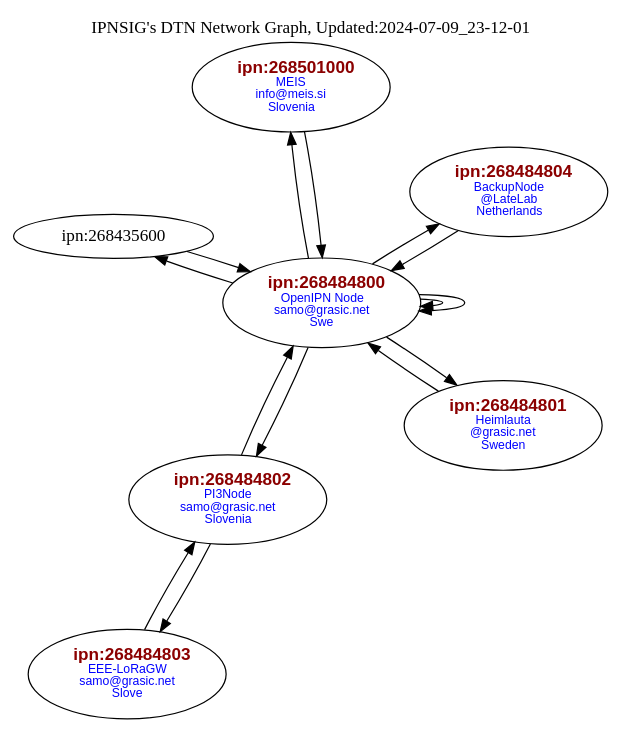
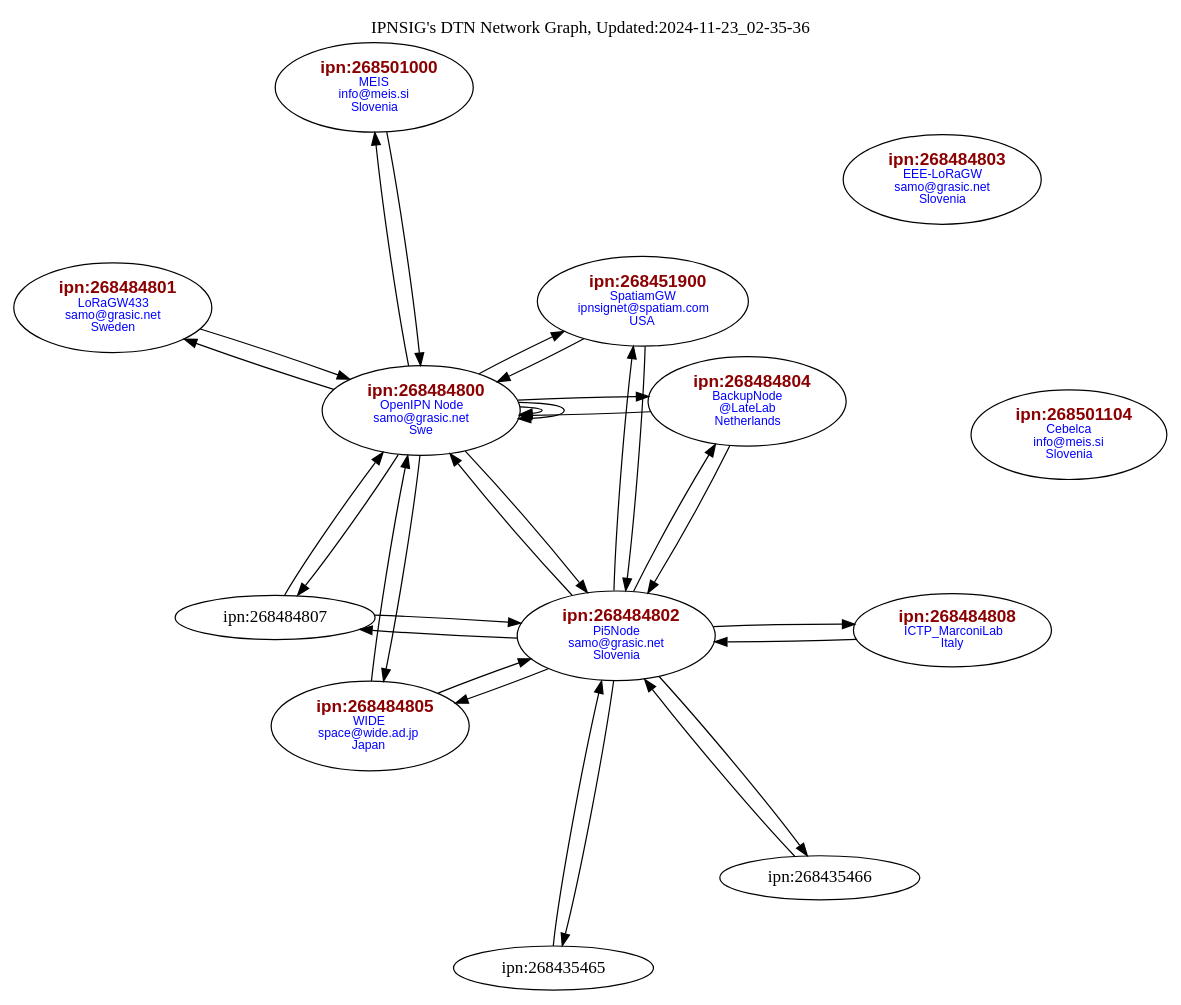
One commit to samograsic/ion-dtn-dtnex changed the diagram in contactGraph.gv. Above: the diagram before and after it, drawn with Graphviz. The commit also changed 6 other files, not shown here.

```diff
--- a/contactGraph.gv
+++ b/contactGraph.gv
@@ -1,22 +1,42 @@
 digraph G { layout=neato; overlap=false;
-"ipn:268484803" [label=< <FONT POINT-SIZE="14" FACE="Arial" COLOR="darkred"><B>ipn:268484803</B></FONT><BR/><FONT POINT-SIZE="10" FACE="Arial" COLOR="blue">EEE-LoRaGW<br/>samo&#64;grasic&#46;net<br/>Slove</FONT>>];
-"ipn:268484801" [label=< <FONT POINT-SIZE="14" FACE="Arial" COLOR="darkred"><B>ipn:268484801</B></FONT><BR/><FONT POINT-SIZE="10" FACE="Arial" COLOR="blue">Heimlauta<br/>&#64;grasic&#46;net<br/>Sweden</FONT>>];
-"ipn:268484802" [label=< <FONT POINT-SIZE="14" FACE="Arial" COLOR="darkred"><B>ipn:268484802</B></FONT><BR/><FONT POINT-SIZE="10" FACE="Arial" COLOR="blue">PI3Node<br/>samo&#64;grasic&#46;net<br/>Slovenia</FONT>>];
+"ipn:268484801" [label=< <FONT POINT-SIZE="14" FACE="Arial" COLOR="darkred"><B>ipn:268484801</B></FONT><BR/><FONT POINT-SIZE="10" FACE="Arial" COLOR="blue">LoRaGW433<br/>samo&#64;grasic&#46;net<br/>Sweden</FONT>>];
+"ipn:268484804" [label=< <FONT POINT-SIZE="14" FACE="Arial" COLOR="darkred"><B>ipn:268484804</B></FONT><BR/><FONT POINT-SIZE="10" FACE="Arial" COLOR="blue">BackupNode<br/>&#64;LateLab<br/>Netherlands</FONT>>];
+"ipn:268484802" [label=< <FONT POINT-SIZE="14" FACE="Arial" COLOR="darkred"><B>ipn:268484802</B></FONT><BR/><FONT POINT-SIZE="10" FACE="Arial" COLOR="blue">Pi5Node<br/>samo&#64;grasic&#46;net<br/>Slovenia</FONT>>];
+"ipn:268484803" [label=< <FONT POINT-SIZE="14" FACE="Arial" COLOR="darkred"><B>ipn:268484803</B></FONT><BR/><FONT POINT-SIZE="10" FACE="Arial" COLOR="blue">EEE-LoRaGW<br/>samo&#64;grasic&#46;net<br/>Slovenia</FONT>>];
 "ipn:268501000" [label=< <FONT POINT-SIZE="14" FACE="Arial" COLOR="darkred"><B>ipn:268501000</B></FONT><BR/><FONT POINT-SIZE="10" FACE="Arial" COLOR="blue">MEIS<br/>info&#64;meis&#46;si<br/>Slovenia</FONT>>];
-"ipn:268484804" [label=< <FONT POINT-SIZE="14" FACE="Arial" COLOR="darkred"><B>ipn:268484804</B></FONT><BR/><FONT POINT-SIZE="10" FACE="Arial" COLOR="blue">BackupNode<br/>&#64;LateLab<br/>Netherlands</FONT>>];
+"ipn:268501104" [label=< <FONT POINT-SIZE="14" FACE="Arial" COLOR="darkred"><B>ipn:268501104</B></FONT><BR/><FONT POINT-SIZE="10" FACE="Arial" COLOR="blue">Cebelca<br/>info&#64;meis&#46;si<br/>Slovenia</FONT>>];
+"ipn:268484808" [label=< <FONT POINT-SIZE="14" FACE="Arial" COLOR="darkred"><B>ipn:268484808</B></FONT><BR/><FONT POINT-SIZE="10" FACE="Arial" COLOR="blue">ICTP_MarconiLab<br/>Italy</FONT>>];
+"ipn:268451900" [label=< <FONT POINT-SIZE="14" FACE="Arial" COLOR="darkred"><B>ipn:268451900</B></FONT><BR/><FONT POINT-SIZE="10" FACE="Arial" COLOR="blue">SpatiamGW<br/>ipnsignet&#64;spatiam&#46;com<br/>USA</FONT>>];
+"ipn:268484805" [label=< <FONT POINT-SIZE="14" FACE="Arial" COLOR="darkred"><B>ipn:268484805</B></FONT><BR/><FONT POINT-SIZE="10" FACE="Arial" COLOR="blue">WIDE<br/> space&#64;wide&#46;ad&#46;jp<br/> Japan</FONT>>];
 "ipn:268484800" [label=< <FONT POINT-SIZE="14" FACE="Arial" COLOR="darkred"><B>ipn:268484800</B></FONT><BR/><FONT POINT-SIZE="10" FACE="Arial" COLOR="blue">OpenIPN Node<br/>samo&#64;grasic&#46;net<br/>Swe</FONT>>];
-"ipn:268435600" -> "ipn:268484800"
-"ipn:268484800" -> "ipn:268435600"
+"ipn:268435465" -> "ipn:268484802"
+"ipn:268435466" -> "ipn:268484802"
+"ipn:268451900" -> "ipn:268484800"
+"ipn:268451900" -> "ipn:268484802"
+"ipn:268484800" -> "ipn:268451900"
 "ipn:268484800" -> "ipn:268484800"
 "ipn:268484800" -> "ipn:268484800"
 "ipn:268484800" -> "ipn:268484801"
 "ipn:268484800" -> "ipn:268484802"
 "ipn:268484800" -> "ipn:268484804"
+"ipn:268484800" -> "ipn:268484805"
+"ipn:268484800" -> "ipn:268484807"
 "ipn:268484800" -> "ipn:268501000"
 "ipn:268484801" -> "ipn:268484800"
+"ipn:268484802" -> "ipn:268435465"
+"ipn:268484802" -> "ipn:268435466"
+"ipn:268484802" -> "ipn:268451900"
 "ipn:268484802" -> "ipn:268484800"
-"ipn:268484802" -> "ipn:268484803"
-"ipn:268484803" -> "ipn:268484802"
+"ipn:268484802" -> "ipn:268484804"
+"ipn:268484802" -> "ipn:268484805"
+"ipn:268484802" -> "ipn:268484807"
+"ipn:268484802" -> "ipn:268484808"
 "ipn:268484804" -> "ipn:268484800"
+"ipn:268484804" -> "ipn:268484802"
+"ipn:268484805" -> "ipn:268484800"
+"ipn:268484805" -> "ipn:268484802"
+"ipn:268484807" -> "ipn:268484800"
+"ipn:268484807" -> "ipn:268484802"
+"ipn:268484808" -> "ipn:268484802"
 "ipn:268501000" -> "ipn:268484800"
-labelloc="t"; label="IPNSIG's DTN Network Graph, Updated:2024-07-09_23-12-01"}
+labelloc="t"; label="IPNSIG's DTN Network Graph, Updated:2024-11-23_02-35-36"}
```
